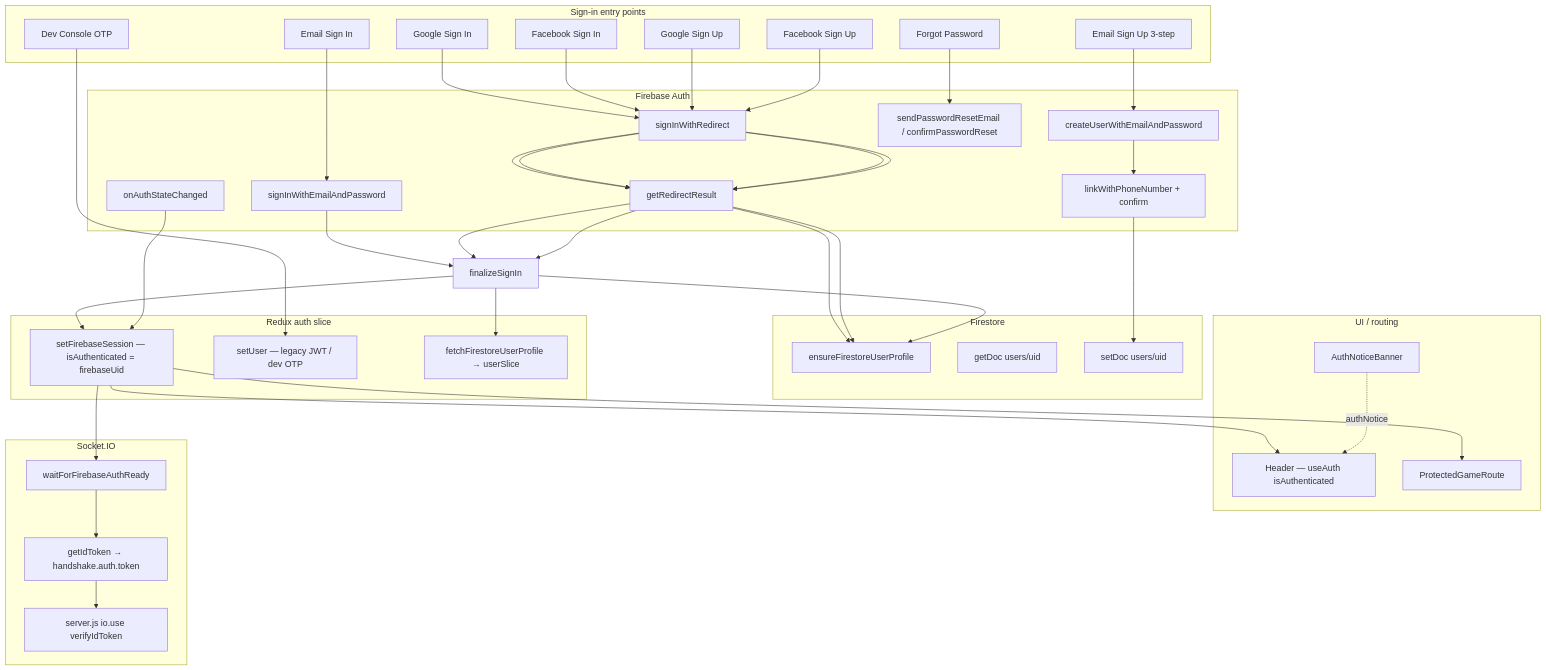
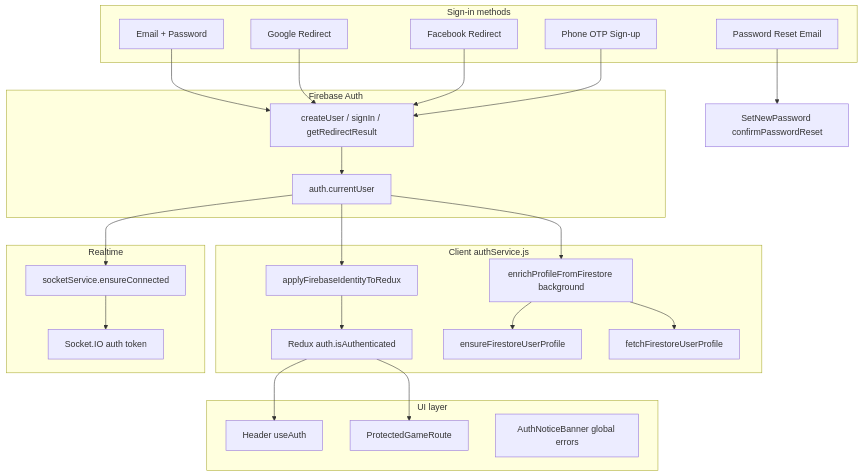
One commit to infotechlab498-design/skilz-monorepo changed the diagram in docs/AUTH_TEST_REPORT.md. Above: the diagram before and after it, drawn with Mermaid. The commit also changed other lines of this file and 14 other files, not shown here.

Commit message:
Redesign forget-password page and harden auth sync for production.

````diff
--- a/docs/AUTH_TEST_REPORT.md
+++ b/docs/AUTH_TEST_REPORT.md
@@ -10,66 +10,40 @@
 ```mermaid
-flowchart TB
-  subgraph inputs [Sign-in entry points]
-    E1[Email Sign In]
-    E2[Google Sign In]
-    E3[Facebook Sign In]
-    SU1[Email Sign Up 3-step]
-    SU2[Google Sign Up]
-    SU3[Facebook Sign Up]
-    FP[Forgot Password]
-    DEV[Dev Console OTP]
-  end
+flowchart TD
+    subgraph inputs [Sign-in methods]
+        E[Email + Password]
+        G[Google Redirect]
+        F[Facebook Redirect]
+        P[Phone OTP Sign-up]
+        R[Password Reset Email]
+    end
 
-  subgraph firebase [Firebase Auth]
-    FA_EMAIL[signInWithEmailAndPassword]
-    FA_CREATE[createUserWithEmailAndPassword]
-    FA_REDIRECT[signInWithRedirect]
-    FA_GET[getRedirectResult]
-    FA_PHONE[linkWithPhoneNumber + confirm]
-    FA_RESET[sendPasswordResetEmail / confirmPasswordReset]
-    FA_LISTENER[onAuthStateChanged]
-  end
+    subgraph firebase [Firebase Auth]
+        FA[createUser / signIn / getRedirectResult]
+        FA --> CU[auth.currentUser]
+    end
 
-  subgraph firestore [Firestore]
-    FS_ENSURE[ensureFirestoreUserProfile]
-    FS_READ[getDoc users/uid]
-    FS_CREATE[setDoc users/uid]
-  end
+    subgraph client [Client authService.js]
+        CU --> ID[applyFirebaseIdentityToRedux]
+        ID --> RX[Redux auth.isAuthenticated]
+        CU --> FS[enrichProfileFromFirestore background]
+        FS --> FSC[ensureFirestoreUserProfile]
+        FS --> FSR[fetchFirestoreUserProfile]
+    end
 
-  subgraph redux [Redux auth slice]
-    RX_SESSION[setFirebaseSession — isAuthenticated = firebaseUid]
-    RX_USER[setUser — legacy JWT / dev OTP]
-    RX_PROFILE[fetchFirestoreUserProfile → userSlice]
-  end
+    subgraph ui [UI layer]
+        RX --> HDR[Header useAuth]
+        RX --> PGR[ProtectedGameRoute]
+        AN[AuthNoticeBanner global errors]
+    end
 
-  subgraph ui [UI / routing]
-    HDR[Header — useAuth isAuthenticated]
-    PROT[ProtectedGameRoute]
-    BANNER[AuthNoticeBanner]
-  end
+    subgraph realtime [Realtime]
+        CU --> SOCK[socketService.ensureConnected]
+        SOCK --> SIO[Socket.IO auth token]
+    end
 
-  subgraph socket [Socket.IO]
-    SOCK_WAIT[waitForFirebaseAuthReady]
-    SOCK_TOKEN[getIdToken → handshake.auth.token]
-    SOCK_SRV[server.js io.use verifyIdToken]
-  end
-
-  E1 --> FA_EMAIL --> finalizeSignIn
-  E2 --> FA_REDIRECT --> FA_GET --> finalizeSignIn
-  E3 --> FA_REDIRECT --> FA_GET --> finalizeSignIn
-  SU1 --> FA_CREATE --> FA_PHONE --> FS_CREATE
-  SU2 --> FA_REDIRECT --> FA_GET --> FS_ENSURE
-  SU3 --> FA_REDIRECT --> FA_GET --> FS_ENSURE
-  FP --> FA_RESET
-  DEV --> RX_USER
-
-  finalizeSignIn --> RX_SESSION
-  finalizeSignIn --> FS_ENSURE
-  finalizeSignIn --> RX_PROFILE
-  FA_LISTENER --> RX_SESSION
-
-  RX_SESSION --> HDR
-  RX_SESSION --> PROT
-  RX_SESSION --> SOCK_WAIT --> SOCK_TOKEN --> SOCK_SRV
-  BANNER -.->|authNotice| HDR
+    E --> FA
+    G --> FA
+    F --> FA
+    P --> FA
+    R --> SNP[SetNewPassword confirmPasswordReset]
 ```
````
